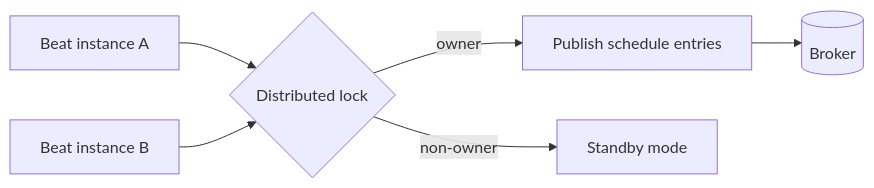
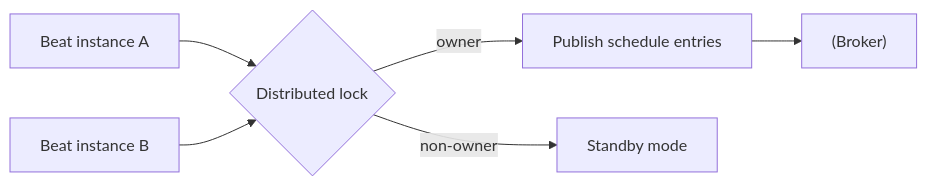
The diagram in directions/services/celery/pact/28_cli_i_operacionnyy_kontur/12_28_28_2_celery_beat.md (DDoSKudya/ai-study-atlas), drawn with Mermaid before and after one commit. The commit also changed 322 other files, not shown here.

Commit message:
fix(docs): make mermaid diagrams GitHub-compatible across directions content

````diff
--- a/directions/services/celery/pact/28_cli_i_operacionnyy_kontur/12_28_28_2_celery_beat.md
+++ b/directions/services/celery/pact/28_cli_i_operacionnyy_kontur/12_28_28_2_celery_beat.md
@@ -72,8 +72,8 @@
 ```mermaid
 flowchart LR
-    B1[Beat instance A] --> L{Distributed lock}
-    B2[Beat instance B] --> L
-    L -->|owner| PUB[Publish schedule entries]
-    L -->|non-owner| WAIT[Standby mode]
-    PUB --> BR[(Broker)]
+    B1["Beat instance A"] --> L{"Distributed lock"}
+    B2["Beat instance B"] --> L
+    L -->|owner| PUB["Publish schedule entries"]
+    L -->|non-owner| WAIT["Standby mode"]
+    PUB --> BR["(Broker)"]
 ```
````
